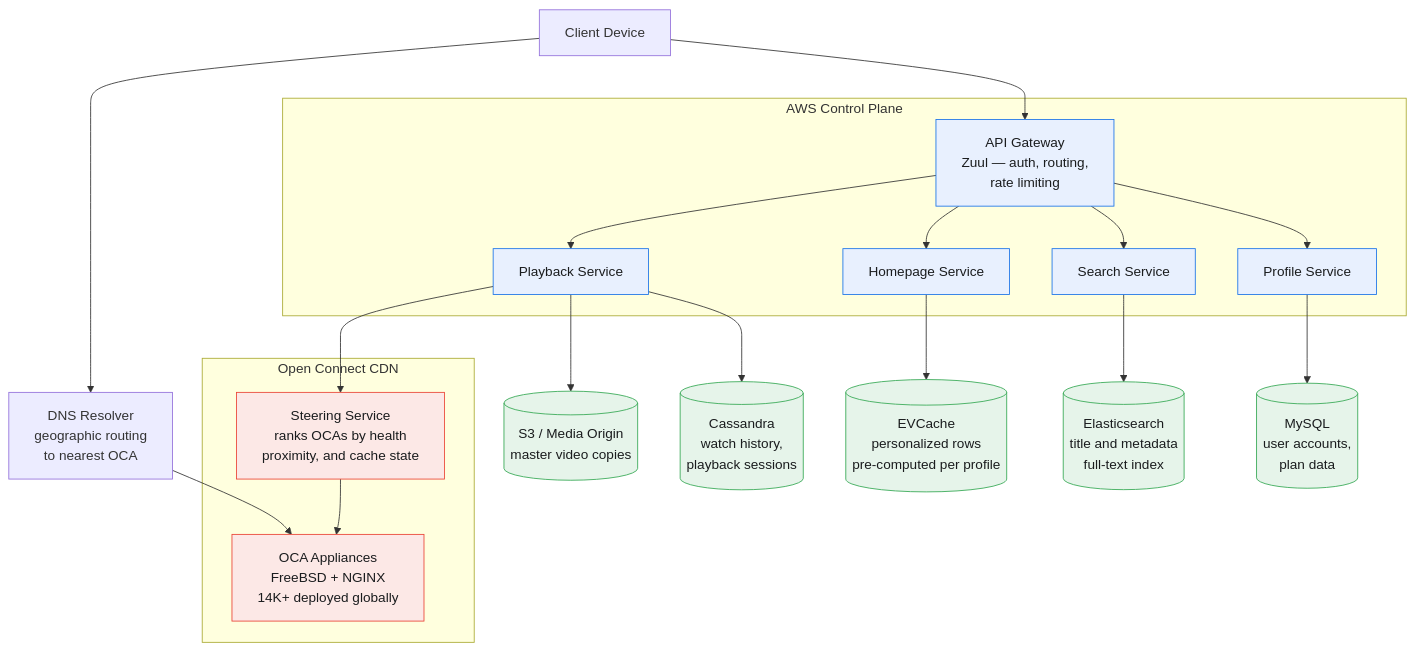
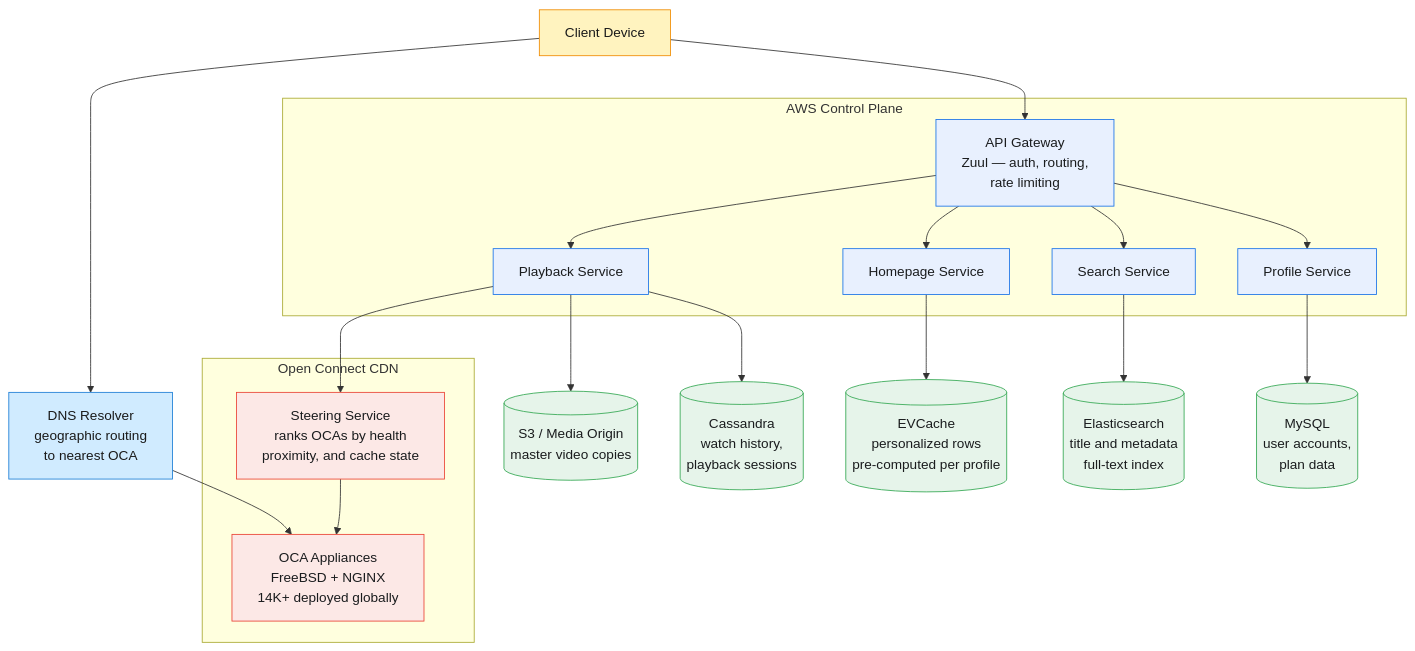
The second of 3 diagrams in _posts/2026-07-02-system-design-netflix.md (iliazlobin/iliazlobin.github.io), drawn with Mermaid before and after one commit. The commit also changed other lines of this file and 45 other files, not shown here.

First line of the commit message:
Republish all posts from Notion: fix mermaid errors, drop §7 Trade-offs (#88)

````diff
--- a/_posts/2026-07-02-system-design-netflix.md
+++ b/_posts/2026-07-02-system-design-netflix.md
@@ -133,36 +134,40 @@
 ```mermaid
 graph TB
     Client[Client Device] --> DNS[DNS Resolver<br/>geographic routing<br/>to nearest OCA]
 
     subgraph "AWS Control Plane"
         GW[API Gateway<br/>Zuul — auth, routing,<br/>rate limiting]
         PLAY[Playback Service]
         HOME[Homepage Service]
         SEARCH[Search Service]
         PROFILE[Profile Service]
     end
 
     subgraph "Open Connect CDN"
         STEER[Steering Service<br/>ranks OCAs by health<br/>proximity, and cache state]
         OCA[OCA Appliances<br/>FreeBSD + NGINX<br/>14K+ deployed globally]
     end
 
     DNS --> OCA
     Client --> GW
     GW --> PLAY & HOME & SEARCH & PROFILE
     PLAY --> STEER
     STEER --> OCA
 
     PLAY --> S3[(S3 / Media Origin<br/>master video copies)]
     PLAY --> CASS[(Cassandra<br/>watch history,<br/>playback sessions)]
     HOME --> EV[(EVCache<br/>personalized rows<br/>pre-computed per profile)]
     SEARCH --> ES[(Elasticsearch<br/>title and metadata<br/>full-text index)]
     PROFILE --> MYSQL[(MySQL<br/>user accounts,<br/>plan data)]
 
     classDef aws fill:#e8f0fe,stroke:#1a73e8,color:#1a1c1e
     classDef cdn fill:#fce8e6,stroke:#ea4335,color:#1a1c1e
     classDef store fill:#e6f4ea,stroke:#34a853,color:#1a1c1e
     class GW,PLAY,HOME,SEARCH,PROFILE aws
     class STEER,OCA cdn
     class S3,CASS,EV,ES,MYSQL store
+    classDef edge fill:#fff3bf,stroke:#f08c00,color:#1a1a1a
+    class Client edge
+    classDef svc fill:#d0ebff,stroke:#1c7ed6,color:#1a1a1a
+    class DNS svc
 ```
````
